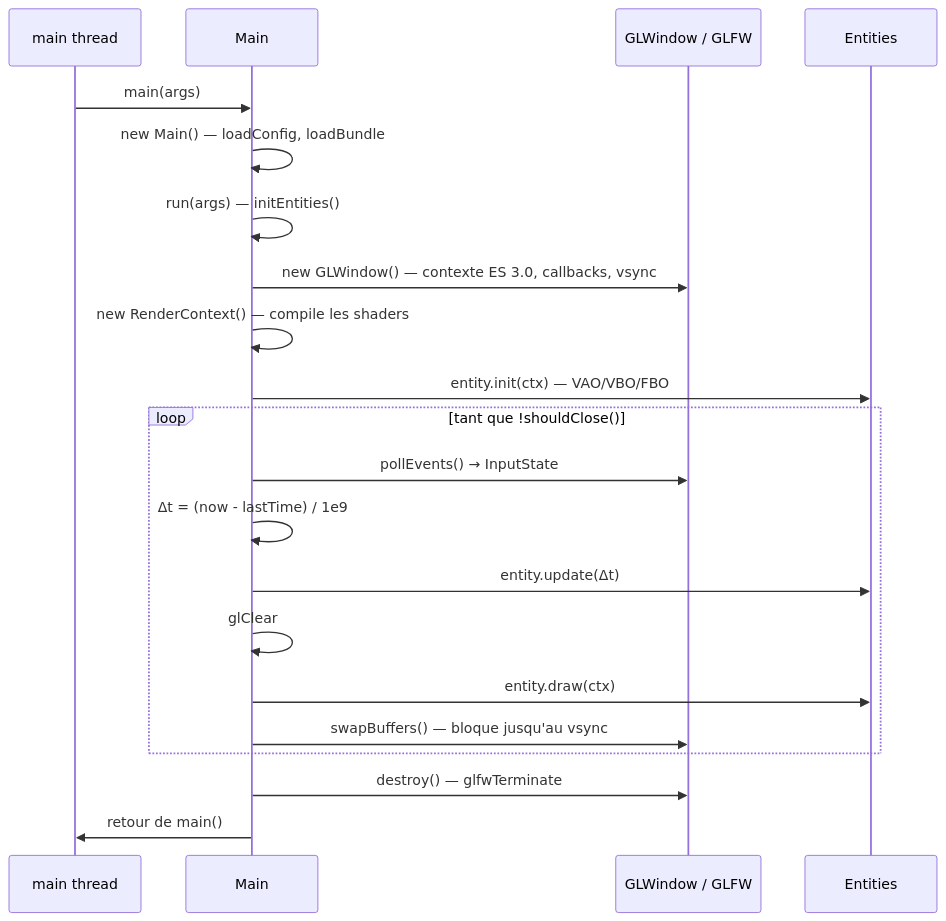
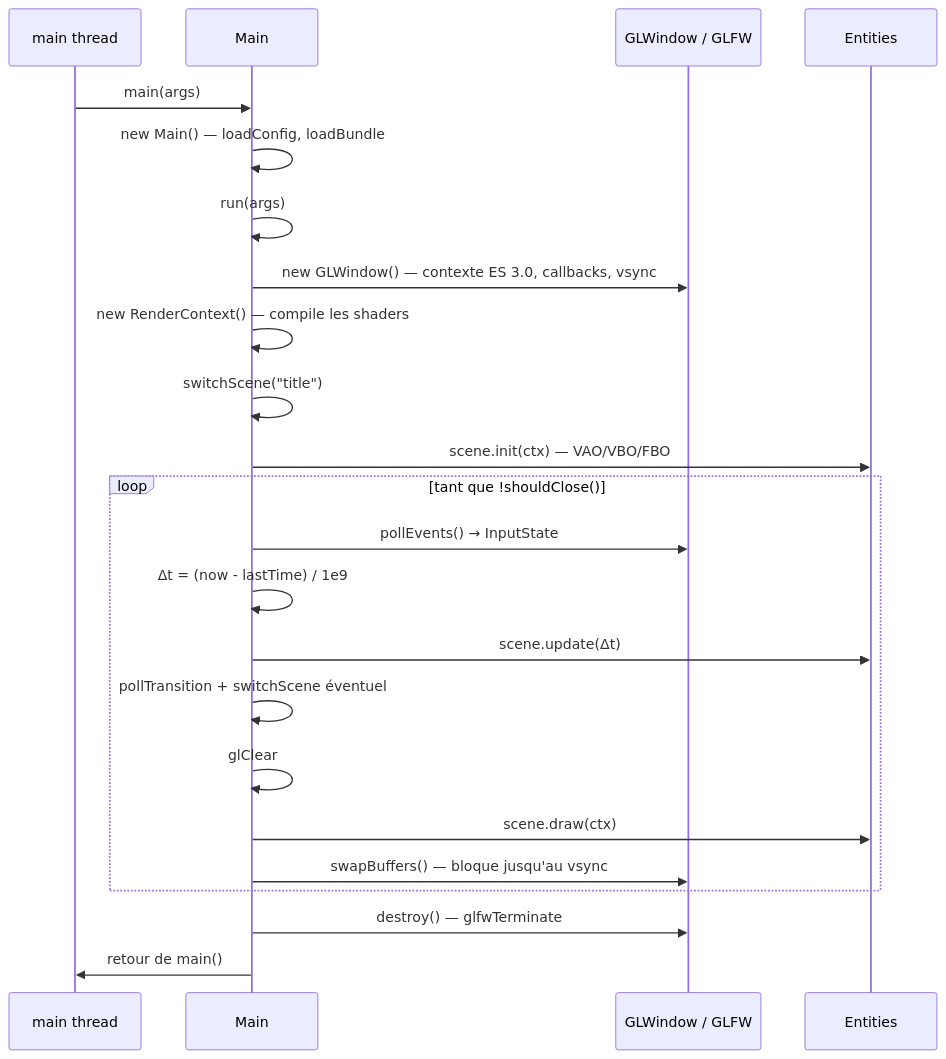
Before and after one commit to mcgivrer/demo001-arm64: the first of 2 diagrams in src/docs/07-game-loop.md, drawn with Mermaid. The commit also changed other lines of this file and 17 other files, not shown here.

````diff
--- a/src/docs/07-game-loop.md
+++ b/src/docs/07-game-loop.md
@@ -23,26 +23,28 @@
 ```mermaid
 sequenceDiagram
     participant JVM as main thread
     participant Main
     participant W as GLWindow / GLFW
     participant Entities
 
     JVM->>Main: main(args)
     Main->>Main: new Main() — loadConfig, loadBundle
-    Main->>Main: run(args) — initEntities()
+    Main->>Main: run(args)
     Main->>W: new GLWindow() — contexte ES 3.0, callbacks, vsync
     Main->>Main: new RenderContext() — compile les shaders
-    Main->>Entities: entity.init(ctx) — VAO/VBO/FBO
+    Main->>Main: switchScene("title")
+    Main->>Entities: scene.init(ctx) — VAO/VBO/FBO
 
     loop tant que !shouldClose()
         Main->>W: pollEvents() → InputState
         Main->>Main: Δt = (now - lastTime) / 1e9
-        Main->>Entities: entity.update(Δt)
+        Main->>Entities: scene.update(Δt)
+        Main->>Main: pollTransition + switchScene éventuel
         Main->>Main: glClear
-        Main->>Entities: entity.draw(ctx)
+        Main->>Entities: scene.draw(ctx)
         Main->>W: swapBuffers() — bloque jusqu'au vsync
     end
 
     Main->>W: destroy() — glfwTerminate
     Main->>JVM: retour de main()
 ```
````
